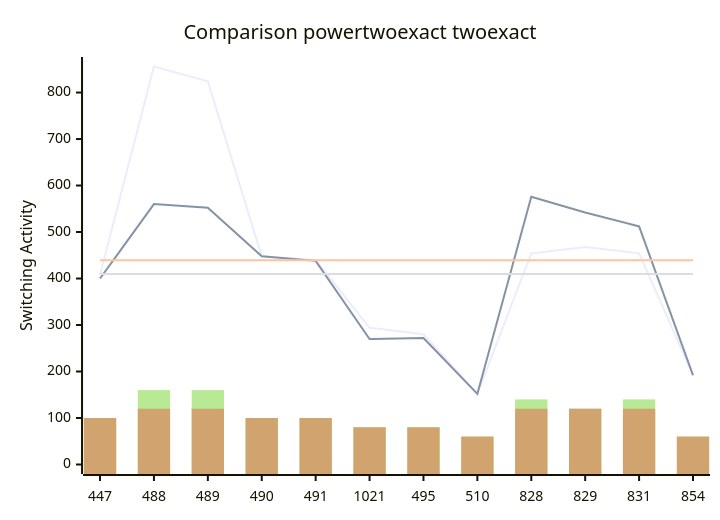
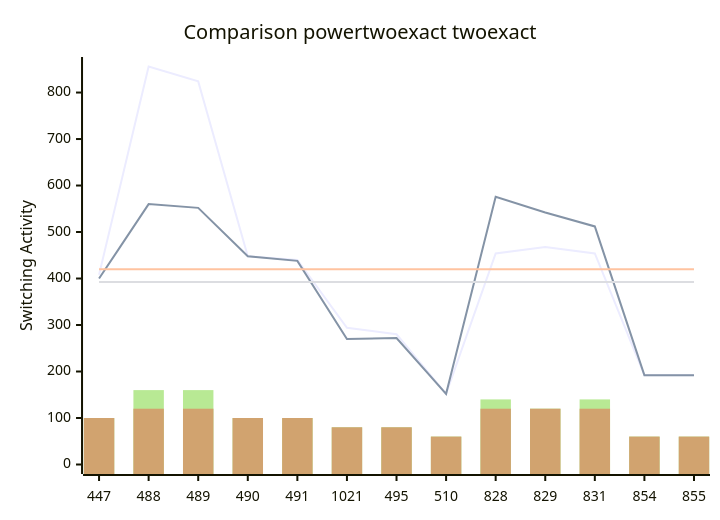
Before and after one commit to FeldmeierMichael/Exact-Power-Synthesis: the diagram in benchmark_opt2.md, drawn with Mermaid. The commit also changed other lines of this file, not shown here.

````diff
--- a/benchmark_opt2.md
+++ b/benchmark_opt2.md
@@ -25,12 +27,12 @@
 ```mermaid
 xychart-beta
     title "Comparison powertwoexact twoexact"
-    x-axis [447, 488, 489, 490, 491, 1021, 495, 510, 828, 829, 831, 854]
+    x-axis [447, 488, 489, 490, 491, 1021, 495, 510, 828, 829, 831, 854, 855]
     y-axis "Switching Activity" 0-->856
-    line [408, 856, 824, 448, 440, 294, 280, 152, 454, 468, 454, 192]
-    line [400, 560, 552, 448, 438, 270, 272, 152, 576, 542, 512, 192]
-    line [439.1666666666667, 439.1666666666667, 439.1666666666667, 439.1666666666667, 439.1666666666667, 439.1666666666667, 439.1666666666667, 439.1666666666667, 439.1666666666667, 439.1666666666667, 439.1666666666667, 439.1666666666667]
-    line [409.5, 409.5, 409.5, 409.5, 409.5, 409.5, 409.5, 409.5, 409.5, 409.5, 409.5, 409.5]
-    bar [100, 160, 160, 100, 100, 80, 80, 60, 140, 120, 140, 60]
-    bar [100, 120, 120, 100, 100, 80, 80, 60, 120, 120, 120, 60]
+    line [408, 856, 824, 448, 440, 294, 280, 152, 454, 468, 454, 192, 192]
+    line [400, 560, 552, 448, 438, 270, 272, 152, 576, 542, 512, 192, 192]
+    line [420.15384615384613, 420.15384615384613, 420.15384615384613, 420.15384615384613, 420.15384615384613, 420.15384615384613, 420.15384615384613, 420.15384615384613, 420.15384615384613, 420.15384615384613, 420.15384615384613, 420.15384615384613, 420.15384615384613]
+    line [392.7692307692308, 392.7692307692308, 392.7692307692308, 392.7692307692308, 392.7692307692308, 392.7692307692308, 392.7692307692308, 392.7692307692308, 392.7692307692308, 392.7692307692308, 392.7692307692308, 392.7692307692308, 392.7692307692308]
+    bar [100, 160, 160, 100, 100, 80, 80, 60, 140, 120, 140, 60, 60]
+    bar [100, 120, 120, 100, 100, 80, 80, 60, 120, 120, 120, 60, 60]
 ```
````
